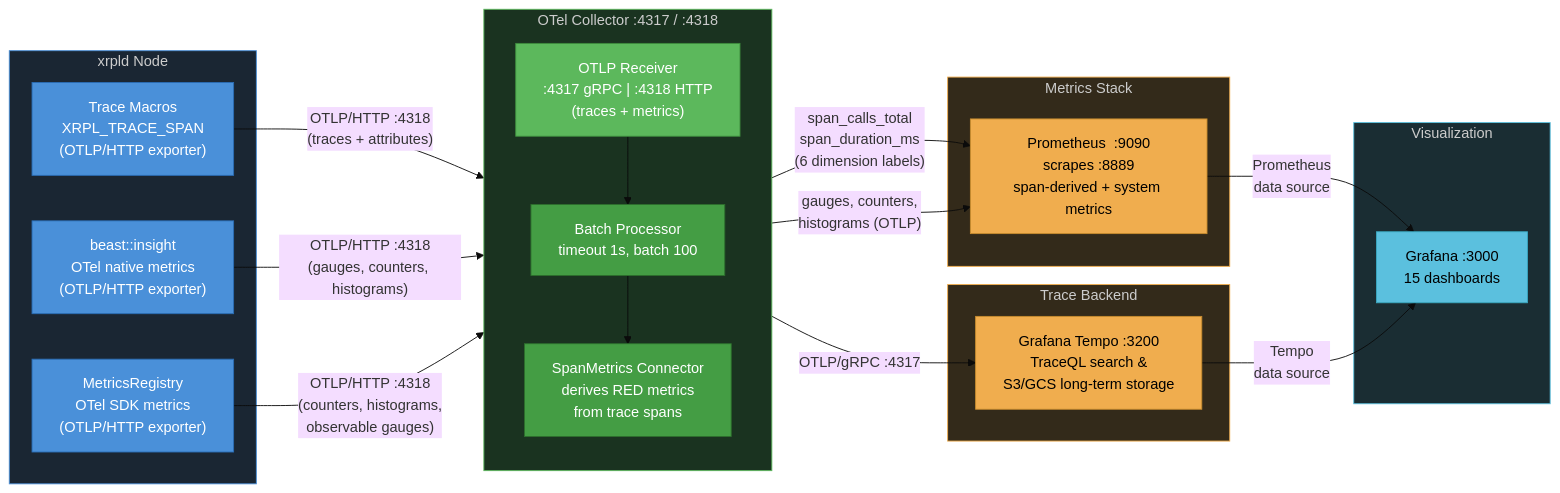
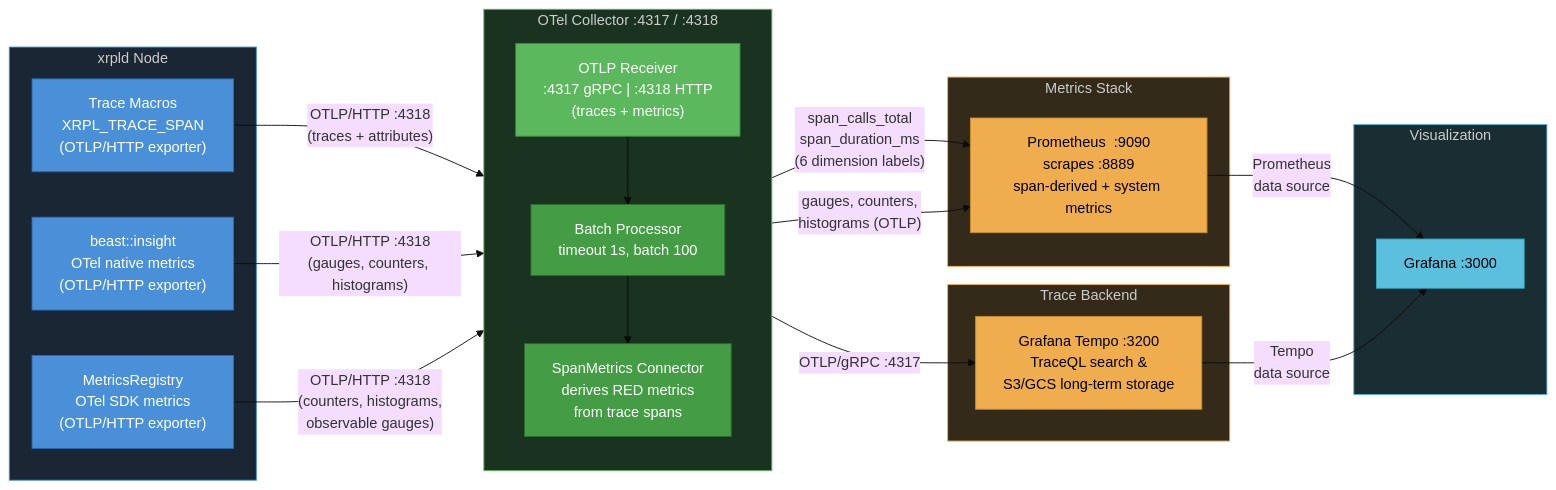
The diagram in OpenTelemetryPlan/09-data-collection-reference.md (XRPLF/rippled), drawn with Mermaid (base theme) before and after one commit. The commit also changed other lines of this file and 6 other files, not shown here.

````diff
--- a/OpenTelemetryPlan/09-data-collection-reference.md
+++ b/OpenTelemetryPlan/09-data-collection-reference.md
@@ -9,57 +9,57 @@
 ```mermaid
 graph LR
     subgraph xrpldNode["xrpld Node"]
         A["Trace Macros<br/>XRPL_TRACE_SPAN<br/>(OTLP/HTTP exporter)"]
         B["beast::insight<br/>OTel native metrics<br/>(OTLP/HTTP exporter)"]
         C["MetricsRegistry<br/>OTel SDK metrics<br/>(OTLP/HTTP exporter)"]
     end
 
     subgraph collector["OTel Collector  :4317 / :4318"]
         direction TB
         R1["OTLP Receiver<br/>:4317 gRPC  |  :4318 HTTP<br/>(traces + metrics)"]
         BP["Batch Processor<br/>timeout 1s, batch 100"]
         SM["SpanMetrics Connector<br/>derives RED metrics<br/>from trace spans"]
 
         R1 --> BP
         BP --> SM
     end
 
     subgraph backends["Trace Backend"]
         D["Grafana Tempo  :3200<br/>TraceQL search &<br/>S3/GCS long-term storage"]
     end
 
     subgraph metrics["Metrics Stack"]
         E["Prometheus  :9090<br/>scrapes :8889<br/>span-derived + system metrics"]
     end
 
     subgraph viz["Visualization"]
-        F["Grafana  :3000<br/>15 dashboards"]
+        F["Grafana  :3000"]
     end
 
     A -->|"OTLP/HTTP :4318<br/>(traces + attributes)"| R1
     B -->|"OTLP/HTTP :4318<br/>(gauges, counters, histograms)"| R1
     C -->|"OTLP/HTTP :4318<br/>(counters, histograms,<br/>observable gauges)"| R1
 
     BP -->|"OTLP/gRPC :4317"| D
 
     SM -->|"span_calls_total<br/>span_duration_ms<br/>(6 dimension labels)"| E
     R1 -->|"gauges, counters,<br/>histograms (OTLP)"| E
 
     E -->|"Prometheus<br/>data source"| F
     D -->|"Tempo<br/>data source"| F
 
     style A fill:#4a90d9,color:#fff,stroke:#2a6db5
     style B fill:#4a90d9,color:#fff,stroke:#2a6db5
     style C fill:#4a90d9,color:#fff,stroke:#2a6db5
     style R1 fill:#5cb85c,color:#fff,stroke:#3d8b3d
     style BP fill:#449d44,color:#fff,stroke:#2d6e2d
     style SM fill:#449d44,color:#fff,stroke:#2d6e2d
     style D fill:#f0ad4e,color:#000,stroke:#c78c2e
     style E fill:#f0ad4e,color:#000,stroke:#c78c2e
     style F fill:#5bc0de,color:#000,stroke:#3aa8c1
     style xrpldNode fill:#1a2633,color:#ccc,stroke:#4a90d9
     style collector fill:#1a3320,color:#ccc,stroke:#5cb85c
     style backends fill:#332a1a,color:#ccc,stroke:#f0ad4e
     style metrics fill:#332a1a,color:#ccc,stroke:#f0ad4e
     style viz fill:#1a2d33,color:#ccc,stroke:#5bc0de
 ```
````
